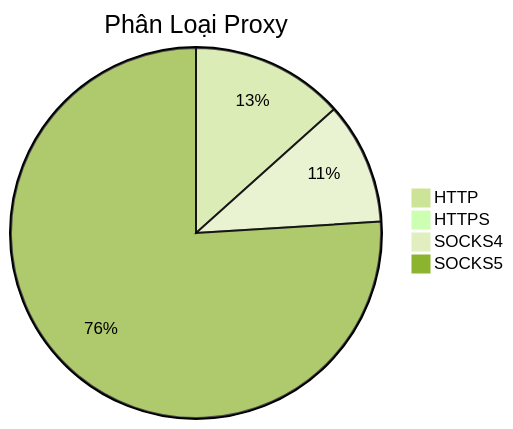
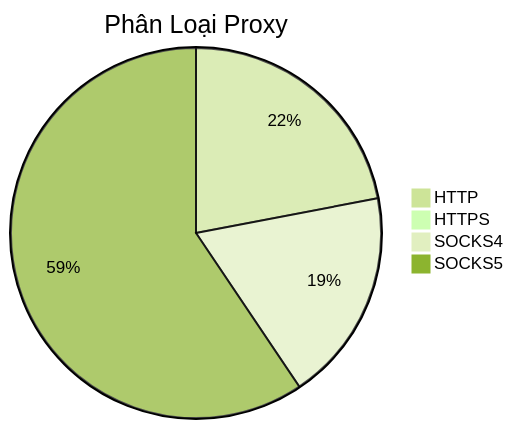
The diagram in README.md (Ciara-Aa/PROXY-free), drawn with Mermaid (forest theme) before and after one commit. The commit also changed other lines of this file and 4 other files, not shown here.

````diff
--- a/README.md
+++ b/README.md
@@ -26,7 +26,7 @@
 ```mermaid
 pie title Phân Loại Proxy
-    "HTTP" : 493
+    "HTTP" : 342
     "HTTPS" : 2
-    "SOCKS4" : 393
-    "SOCKS5" : 2803
+    "SOCKS4" : 289
+    "SOCKS5" : 924
 ```
````
